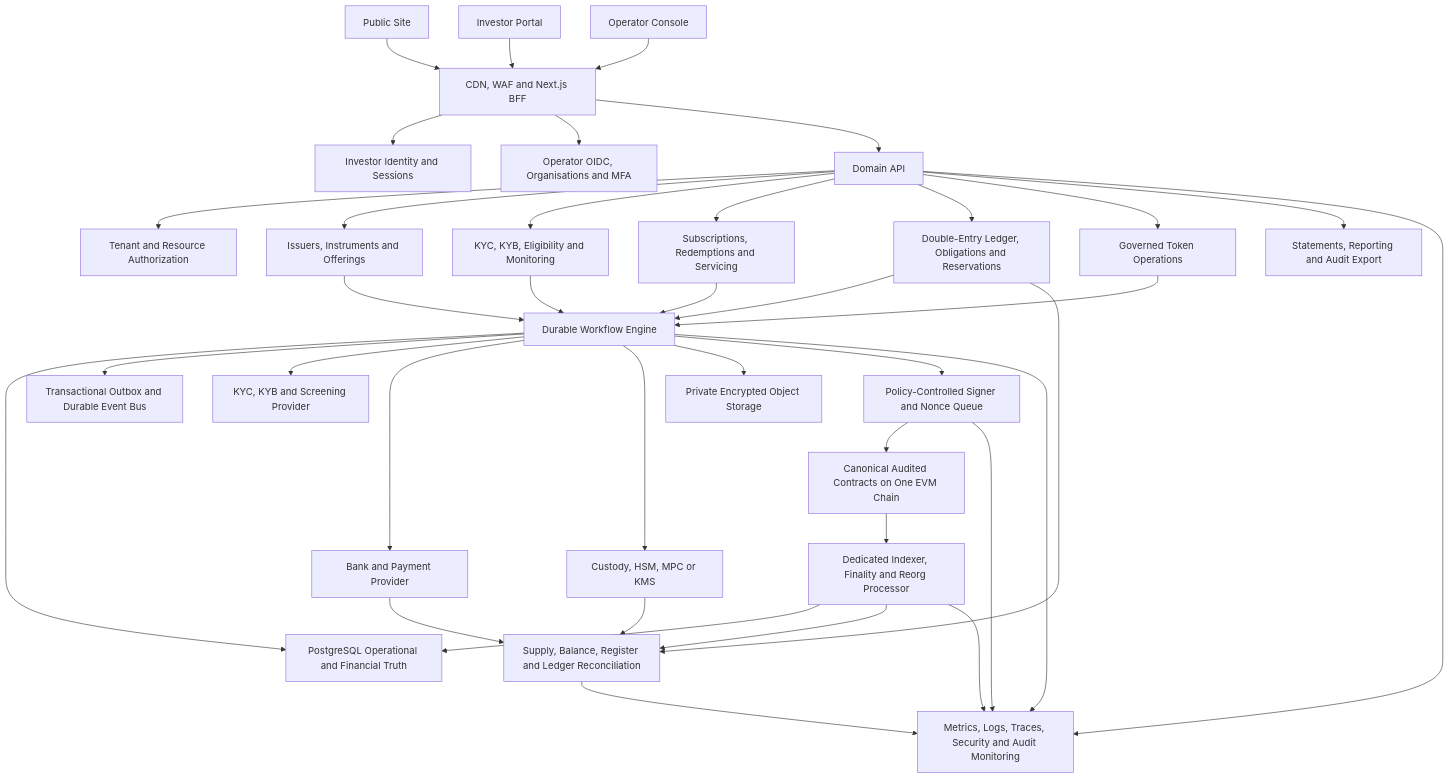
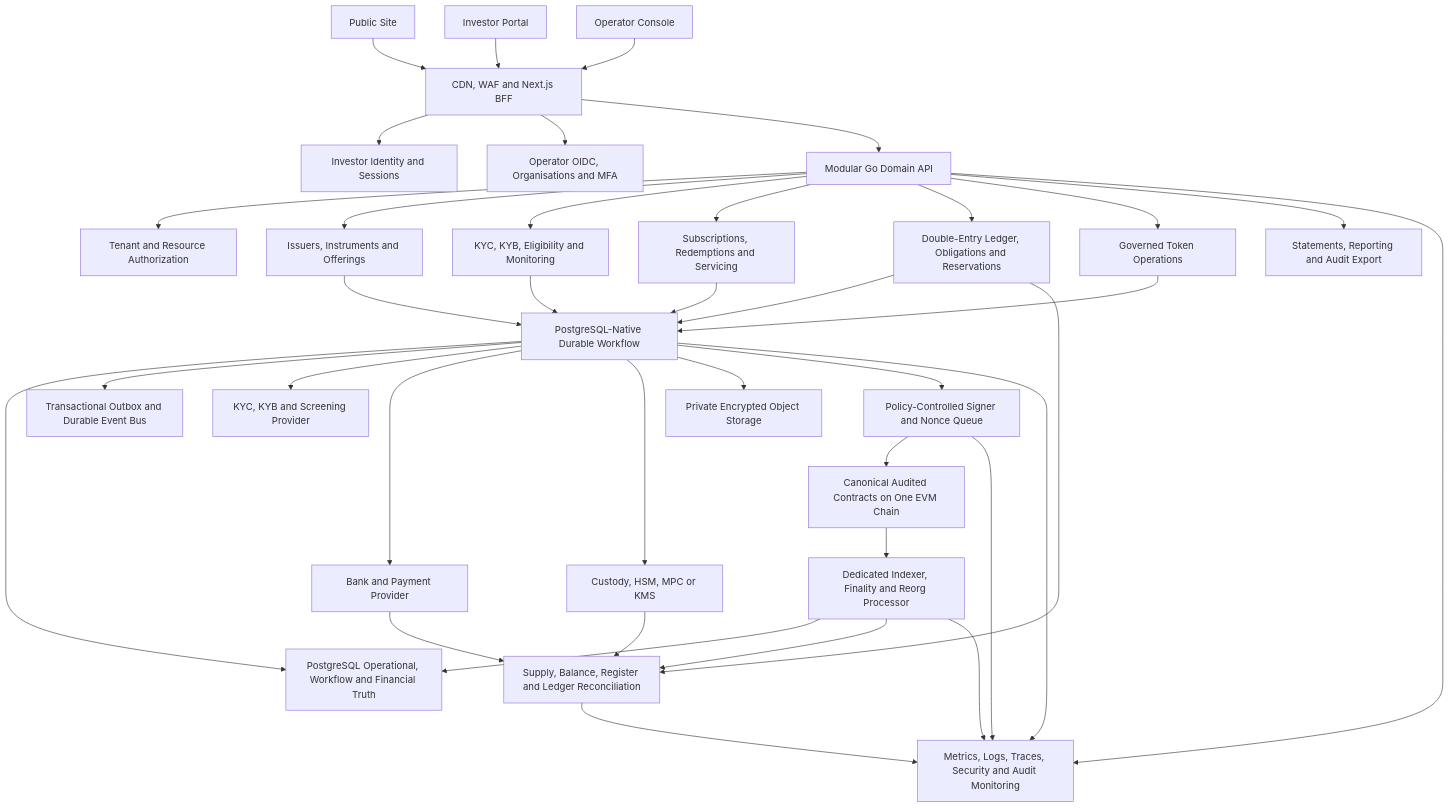
The first of 2 diagrams in docs/BLOCKXONE_PRODUCTION_MASTER_PLAN.md (GulfBrick/BlockXOne), drawn with Mermaid before and after one commit. The commit also changed other lines of this file and 15 other files, not shown here.

````diff
--- a/docs/BLOCKXONE_PRODUCTION_MASTER_PLAN.md
+++ b/docs/BLOCKXONE_PRODUCTION_MASTER_PLAN.md
@@ -111,46 +118,46 @@
 ```mermaid
 flowchart TB
     Public["Public Site"] --> Edge["CDN, WAF and Next.js BFF"]
     Investor["Investor Portal"] --> Edge
     Operator["Operator Console"] --> Edge
 
     Edge --> InvestorIAM["Investor Identity and Sessions"]
     Edge --> OperatorIAM["Operator OIDC, Organisations and MFA"]
-    Edge --> API["Domain API"]
+    Edge --> API["Modular Go Domain API"]
 
     API --> Authz["Tenant and Resource Authorization"]
     API --> Product["Issuers, Instruments and Offerings"]
     API --> Compliance["KYC, KYB, Eligibility and Monitoring"]
     API --> Orders["Subscriptions, Redemptions and Servicing"]
     API --> Ledger["Double-Entry Ledger, Obligations and Reservations"]
     API --> TokenOps["Governed Token Operations"]
     API --> Reporting["Statements, Reporting and Audit Export"]
 
-    Product --> Workflow["Durable Workflow Engine"]
+    Product --> Workflow["PostgreSQL-Native Durable Workflow"]
     Compliance --> Workflow
     Orders --> Workflow
     Ledger --> Workflow
     TokenOps --> Workflow
 
-    Workflow --> DB["PostgreSQL Operational and Financial Truth"]
+    Workflow --> DB["PostgreSQL Operational, Workflow and Financial Truth"]
     Workflow --> Events["Transactional Outbox and Durable Event Bus"]
     Workflow --> KYC["KYC, KYB and Screening Provider"]
     Workflow --> Bank["Bank and Payment Provider"]
     Workflow --> Custody["Custody, HSM, MPC or KMS"]
     Workflow --> Docs["Private Encrypted Object Storage"]
     Workflow --> Signer["Policy-Controlled Signer and Nonce Queue"]
 
     Signer --> Chain["Canonical Audited Contracts on One EVM Chain"]
     Chain --> Indexer["Dedicated Indexer, Finality and Reorg Processor"]
     Indexer --> DB
     Indexer --> Reconciliation["Supply, Balance, Register and Ledger Reconciliation"]
     Bank --> Reconciliation
     Custody --> Reconciliation
     Ledger --> Reconciliation
 
     API --> Telemetry["Metrics, Logs, Traces, Security and Audit Monitoring"]
     Workflow --> Telemetry
     Signer --> Telemetry
     Indexer --> Telemetry
     Reconciliation --> Telemetry
 ```
````
